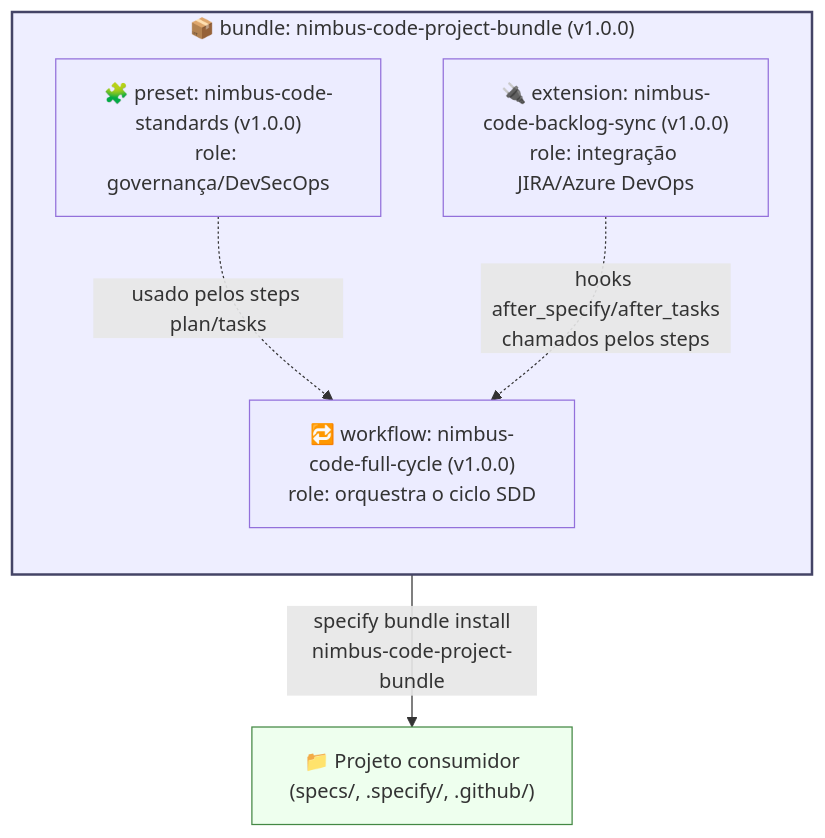
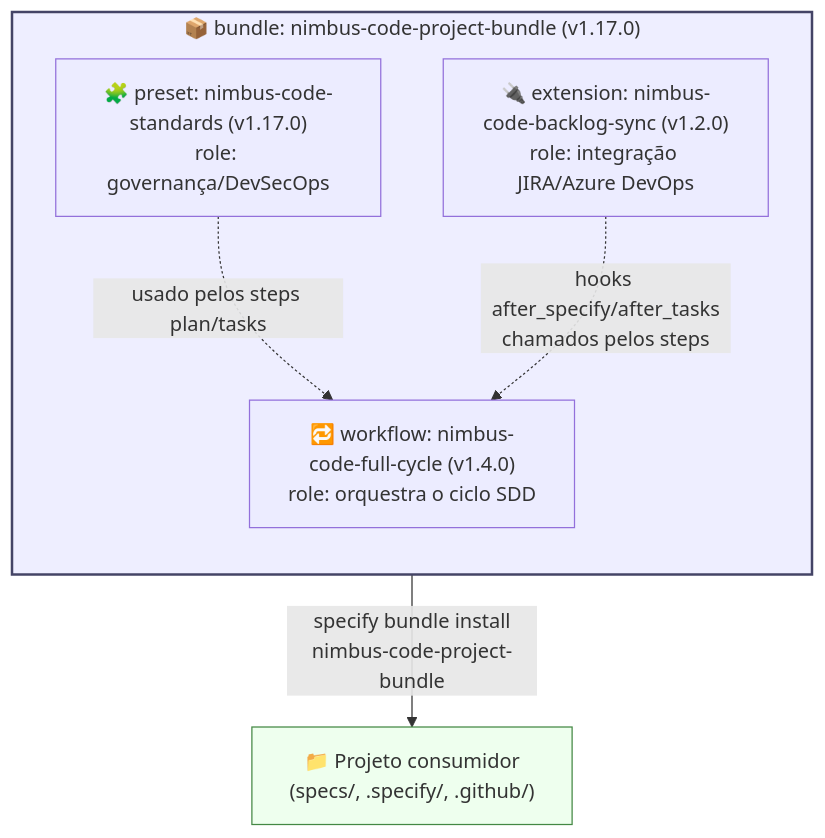
One commit to lrodriguesvpn/nimbus-code changed the second of 2 diagrams in README.md. Above: the diagram before and after it, drawn with Mermaid. The commit also changed 14 other files, not shown here.

Commit message:
Bump Nimbus Code bundle to v1.17.0

````diff
--- a/README.md
+++ b/README.md
@@ -149,17 +149,17 @@
 ```mermaid
 flowchart TB
-    subgraph BUNDLE["📦 bundle: nimbus-code-project-bundle (v1.0.0)"]
+    subgraph BUNDLE["📦 bundle: nimbus-code-project-bundle (v1.17.0)"]
         direction TB
-        PRESET["🧩 preset: nimbus-code-standards (v1.0.0)\nrole: governança/DevSecOps"]
-        EXT["🔌 extension: nimbus-code-backlog-sync (v1.0.0)\nrole: integração JIRA/Azure DevOps"]
-        WF["🔁 workflow: nimbus-code-full-cycle (v1.0.0)\nrole: orquestra o ciclo SDD"]
+        PRESET["🧩 preset: nimbus-code-standards (v1.17.0)\nrole: governança/DevSecOps"]
+        EXT["🔌 extension: nimbus-code-backlog-sync (v1.2.0)\nrole: integração JIRA/Azure DevOps"]
+        WF["🔁 workflow: nimbus-code-full-cycle (v1.4.0)\nrole: orquestra o ciclo SDD"]
     end
 
     BUNDLE -->|"specify bundle install\nnimbus-code-project-bundle"| PROJ["📁 Projeto consumidor\n(specs/, .specify/, .github/)"]
 
     PRESET -. "usado pelos steps plan/tasks" .-> WF
     EXT -. "hooks after_specify/after_tasks\nchamados pelos steps" .-> WF
 
     style BUNDLE fill:#eef,stroke:#446,stroke-width:2px
     style PROJ fill:#efe,stroke:#484
 ```
````
